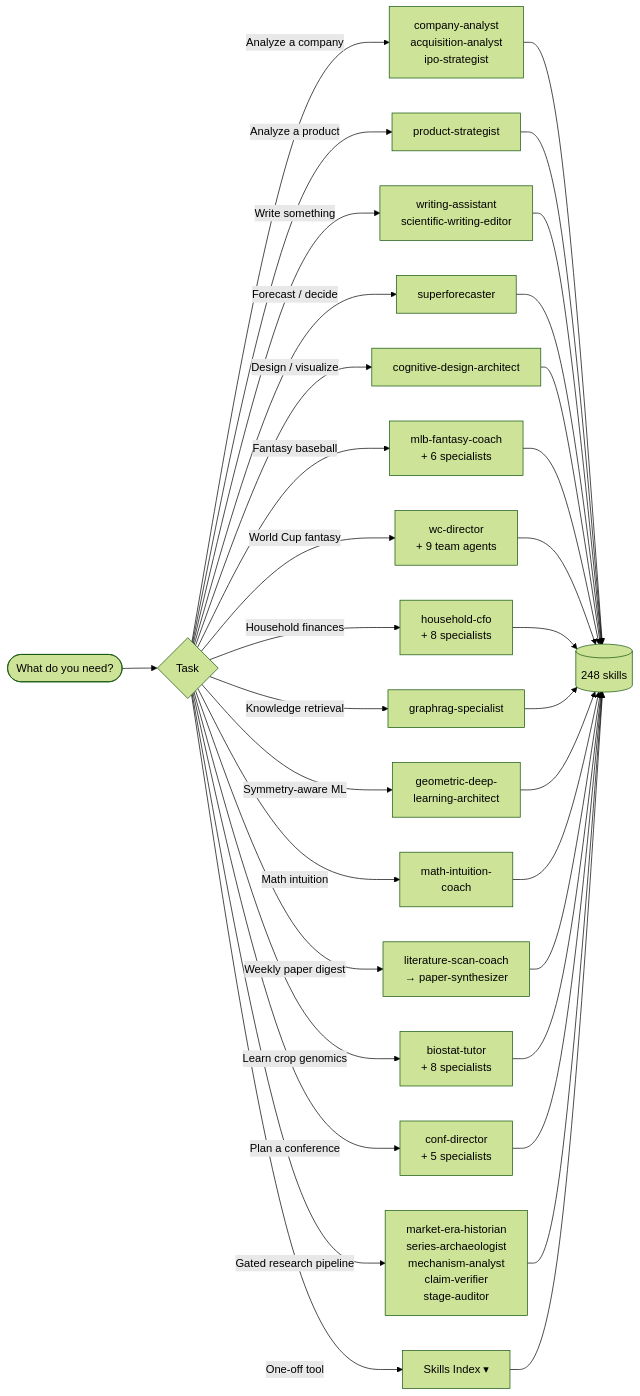
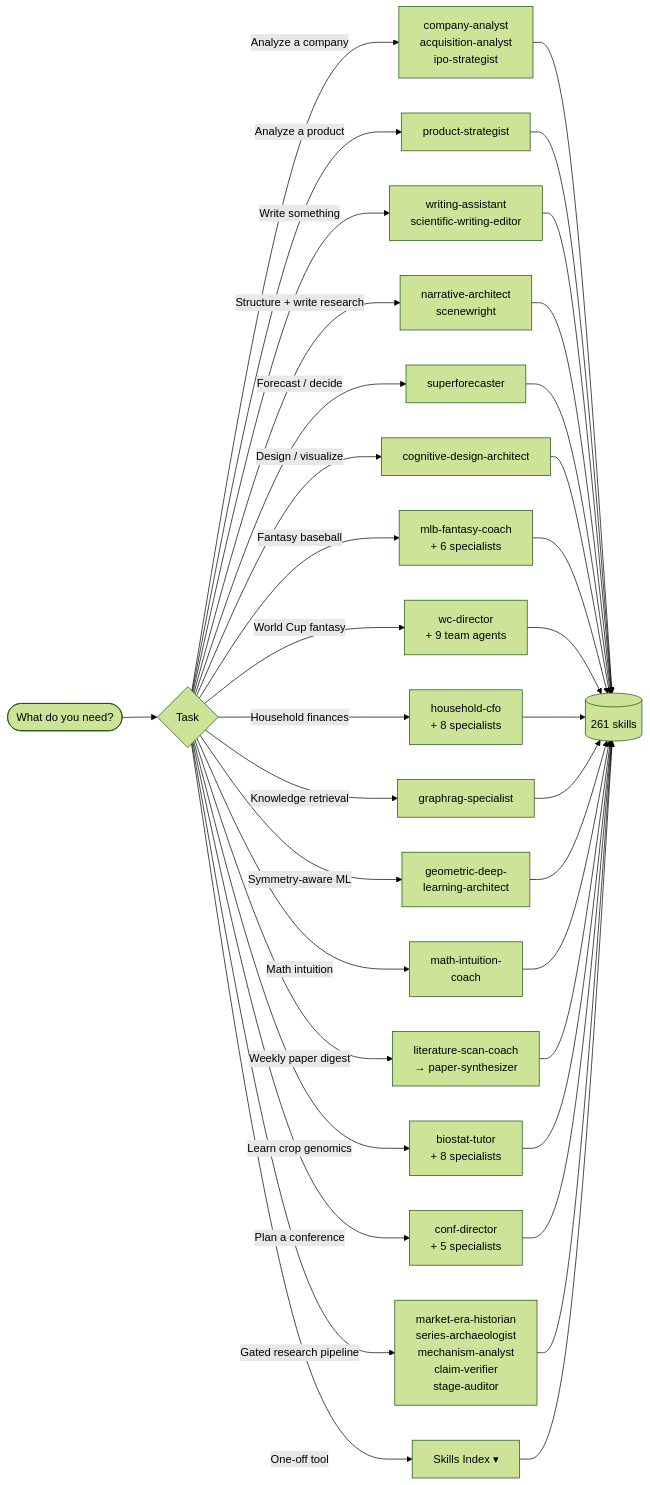
One commit to lyndonkl/claude changed the diagram in README.md. Above: the diagram before and after it, drawn with Mermaid (forest theme). The commit also changed other lines of this file and 66 other files, not shown here.

````diff
--- a/README.md
+++ b/README.md
@@ -47,22 +48,23 @@
 ```mermaid
 flowchart LR
     U([What do you need?]) --> D{Task}
     D -->|Analyze a company| CA[company-analyst<br/>acquisition-analyst<br/>ipo-strategist]
     D -->|Analyze a product| PS[product-strategist]
     D -->|Write something| WA[writing-assistant<br/>scientific-writing-editor]
+    D -->|Structure + write research| NA[narrative-architect<br/>scenewright]
     D -->|Forecast / decide| SF[superforecaster]
     D -->|Design / visualize| CD[cognitive-design-architect]
     D -->|Fantasy baseball| MLB[mlb-fantasy-coach<br/>+ 6 specialists]
     D -->|World Cup fantasy| WC[wc-director<br/>+ 9 team agents]
     D -->|Household finances| HF[household-cfo<br/>+ 8 specialists]
     D -->|Knowledge retrieval| GR[graphrag-specialist]
     D -->|Symmetry-aware ML| GDL[geometric-deep-<br/>learning-architect]
     D -->|Math intuition| MI[math-intuition-<br/>coach]
     D -->|Weekly paper digest| LSC[literature-scan-coach<br/>→ paper-synthesizer]
     D -->|Learn crop genomics| BIO[biostat-tutor<br/>+ 8 specialists]
     D -->|Plan a conference| CONF[conf-director<br/>+ 5 specialists]
     D -->|Gated research pipeline| RP[market-era-historian<br/>series-archaeologist<br/>mechanism-analyst<br/>claim-verifier<br/>stage-auditor]
     D -->|One-off tool| SK[Skills Index ▾]
-    CA & PS & WA & SF & CD & MLB & WC & HF & GR & GDL & MI & LSC & BIO & CONF & RP --> S[(248 skills)]
+    CA & PS & WA & NA & SF & CD & MLB & WC & HF & GR & GDL & MI & LSC & BIO & CONF & RP --> S[(261 skills)]
     SK --> S
 ```
````
